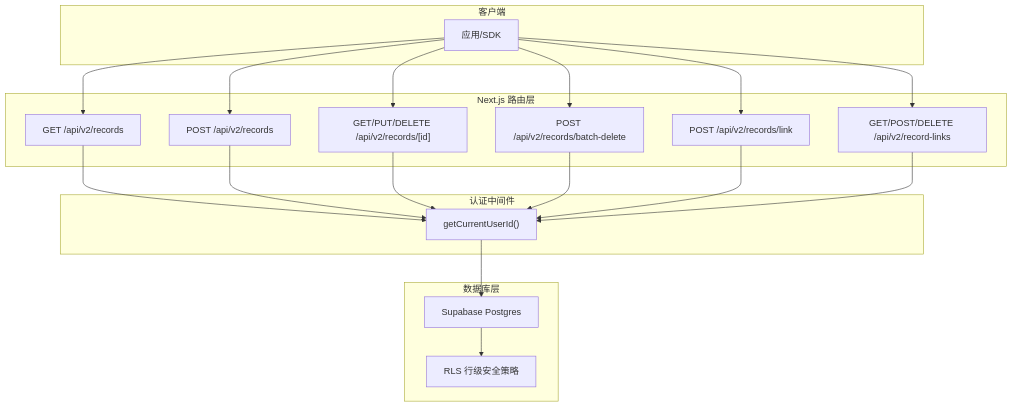
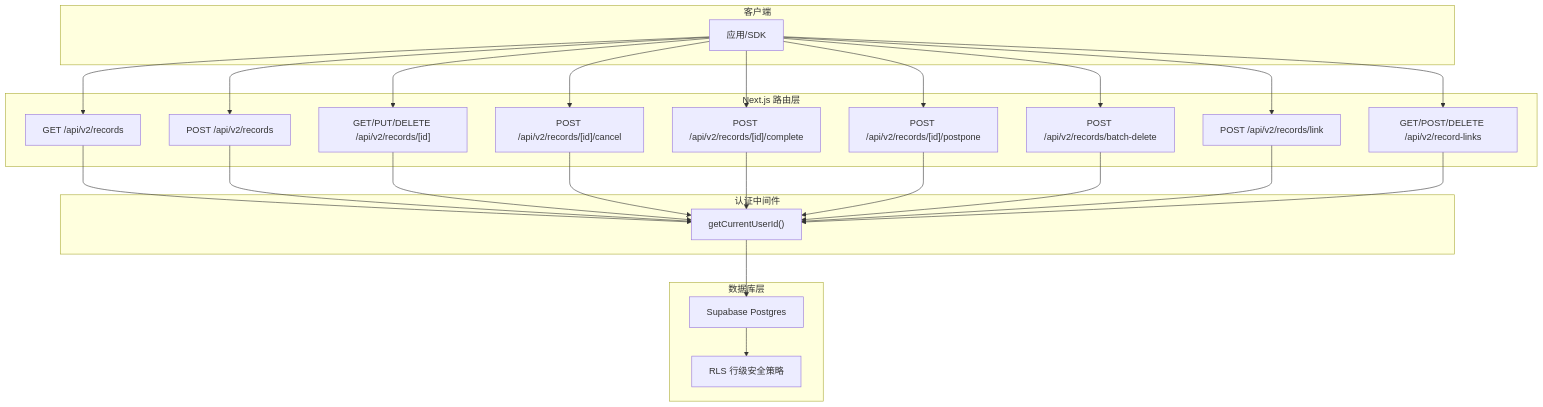
Before and after one commit to bbong1234/TETO: the first of 7 diagrams in .qoder/repowiki/zh/content/API接口文档/记录API.md, drawn with Mermaid. The commit also changed other lines of this file and 10 other files, not shown here.

````diff
--- a/.qoder/repowiki/zh/content/API接口文档/记录API.md
+++ b/.qoder/repowiki/zh/content/API接口文档/记录API.md
@@ -64,35 +78,44 @@
 ```mermaid
 graph TB
 subgraph "客户端"
 C["应用/SDK"]
 end
 subgraph "Next.js 路由层"
 R1["GET /api/v2/records"]
 R2["POST /api/v2/records"]
 RID["GET/PUT/DELETE /api/v2/records/[id]"]
+RC["POST /api/v2/records/[id]/cancel"]
+RCO["POST /api/v2/records/[id]/complete"]
+RPO["POST /api/v2/records/[id]/postpone"]
 RB["POST /api/v2/records/batch-delete"]
 RL["POST /api/v2/records/link"]
 RL2["GET/POST/DELETE /api/v2/record-links"]
 end
 subgraph "认证中间件"
 AU["getCurrentUserId()"]
 end
 subgraph "数据库层"
 DB["Supabase Postgres"]
 Q["RLS 行级安全策略"]
 end
 C --> R1
 C --> R2
 C --> RID
+C --> RC
+C --> RCO
+C --> RPO
 C --> RB
 C --> RL
 C --> RL2
 R1 --> AU
 R2 --> AU
 RID --> AU
+RC --> AU
+RCO --> AU
+RPO --> AU
 RB --> AU
 RL --> AU
 RL2 --> AU
 AU --> DB
 DB --> Q
 ```
````
